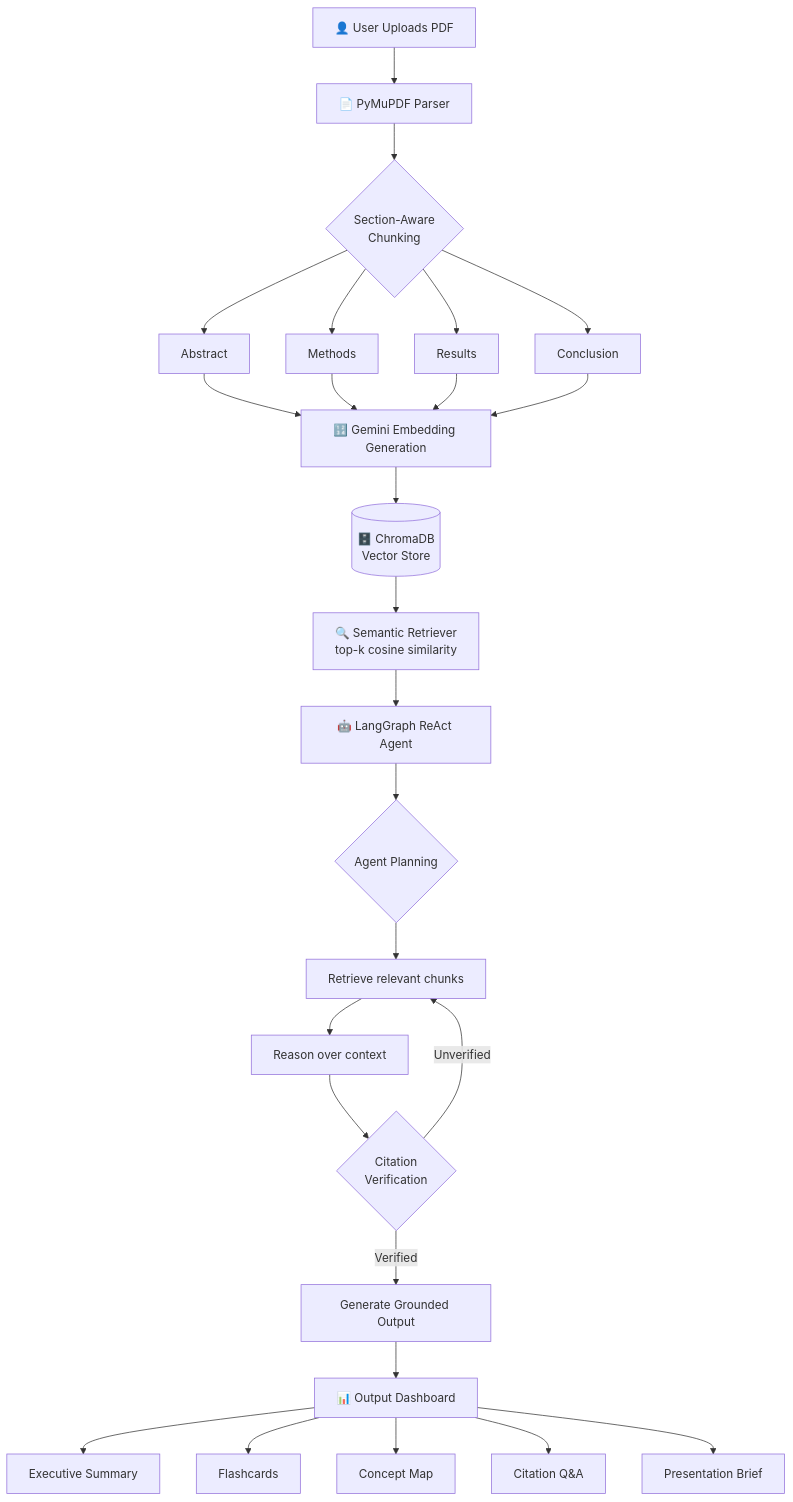
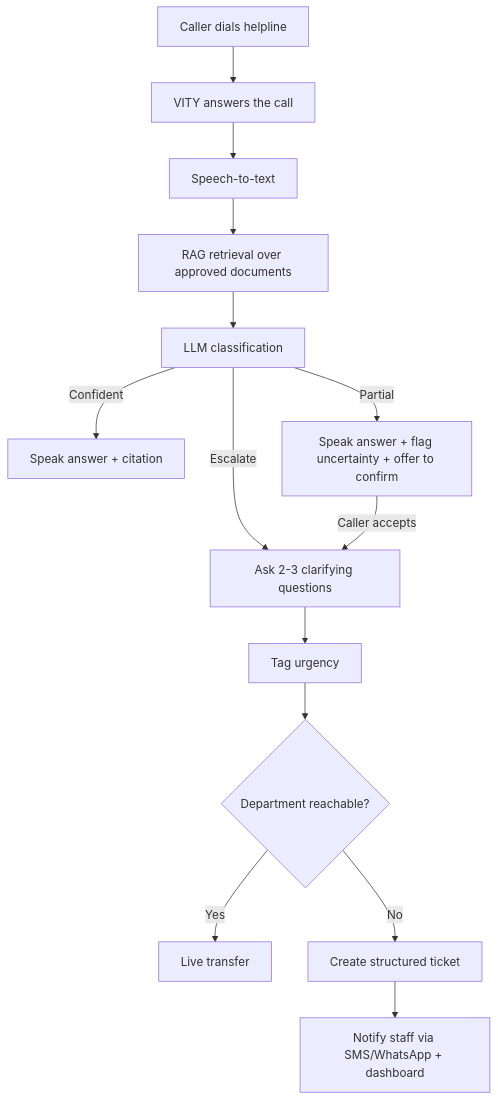
One commit to HackIndiaXYZ/summer-of-codesfest-20-alt-ctrl-delete changed the first of 3 diagrams in README.md. Above: the diagram before and after it, drawn with Mermaid. The commit also changed other lines of this file, not shown here.

First line of the commit message:
Rename project from PaperPilot AI to VITY

````diff
--- a/README.md
+++ b/README.md
@@ -189,18 +46,16 @@
 ```mermaid
 flowchart TD
-    A[👤 User Uploads PDF] --> B[📄 PyMuPDF Parser]
-    B --> C{Section-Aware\nChunking}
-    C --> D[Abstract] & E[Methods] & F[Results] & G[Conclusion]
-    D & E & F & G --> H[🔢 Gemini Embedding Generation]
-    H --> I[(🗄️ ChromaDB\nVector Store)]
-    I --> J[🔍 Semantic Retriever\ntop-k cosine similarity]
-    J --> K[🤖 LangGraph ReAct Agent]
-    K --> L{Agent Planning}
-    L --> M[Retrieve relevant chunks]
-    M --> N[Reason over context]
-    N --> O{Citation\nVerification}
-    O -->|Verified| P[Generate Grounded Output]
-    O -->|Unverified| M
-    P --> Q[📊 Output Dashboard]
-    Q --> R[Executive Summary] & S[Flashcards] & T[Concept Map] & U[Citation Q&A] & V[Presentation Brief]
+    A[Caller dials helpline] --> B[VITY answers the call]
+    B --> C[Speech-to-text]
+    C --> D[RAG retrieval over approved documents]
+    D --> E[LLM classification]
+    E -->|Confident| F[Speak answer + citation]
+    E -->|Partial| G[Speak answer + flag uncertainty + offer to confirm]
+    E -->|Escalate| H[Ask 2-3 clarifying questions]
+    H --> I[Tag urgency]
+    I --> J{Department reachable?}
+    J -->|Yes| K[Live transfer]
+    J -->|No| L[Create structured ticket]
+    L --> M[Notify staff via SMS/WhatsApp + dashboard]
+    G -->|Caller accepts| H
 ```
````
